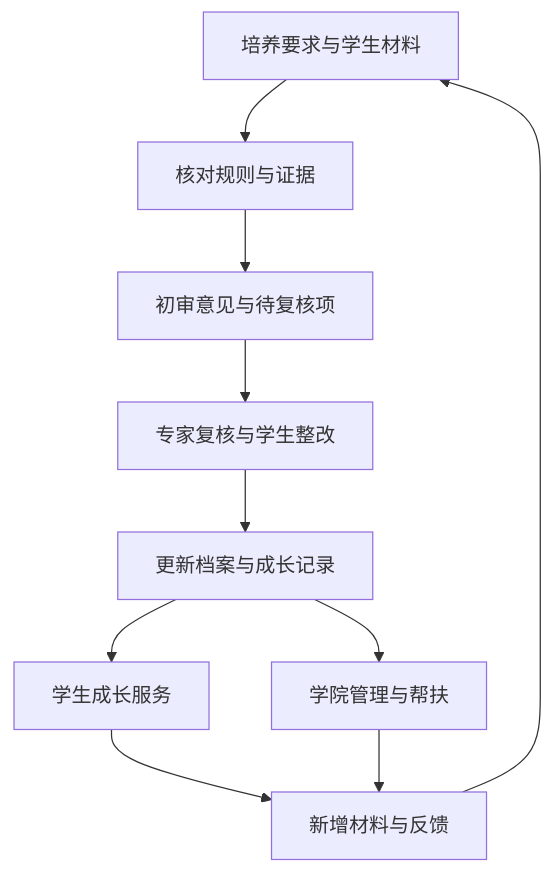
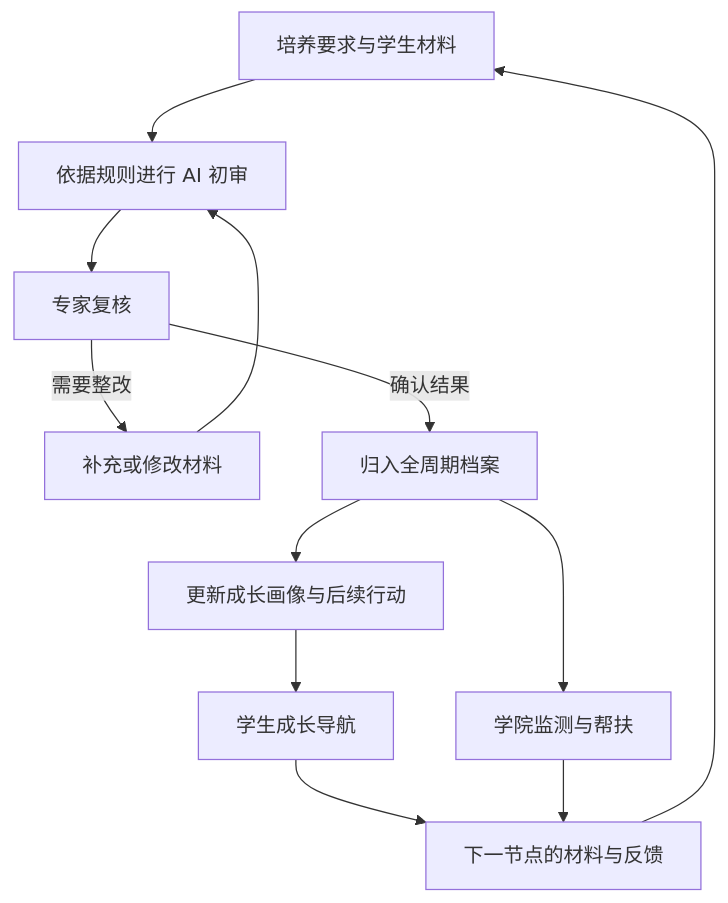
Before and after one commit to NamingIsVeryVeryHard/InnoGrad: the diagram in docs/requirements/problem_definition.md, drawn with Mermaid. The commit also changed other lines of this file and 4 other files, not shown here.

````diff
--- a/docs/requirements/problem_definition.md
+++ b/docs/requirements/problem_definition.md
@@ -93,12 +95,14 @@
 ```mermaid
 flowchart TD
-    A[培养要求与学生材料] --> B[核对规则与证据]
-    B --> C[初审意见与待复核项]
-    C --> D[专家复核与学生整改]
-    D --> E[更新档案与成长记录]
-    E --> F[学生成长服务]
-    E --> G[学院管理与帮扶]
-    F --> H[新增材料与反馈]
-    G --> H
-    H --> A
+    A[培养要求与学生材料] --> B[依据规则进行 AI 初审]
+    B --> C[专家复核]
+    C -->|需要整改| D[补充或修改材料]
+    D --> B
+    C -->|确认结果| E[归入全周期档案]
+    E --> F[更新成长画像与后续行动]
+    F --> G[学生成长导航]
+    E --> H[学院监测与帮扶]
+    G --> I[下一节点的材料与反馈]
+    H --> I
+    I --> A
 ```
````
